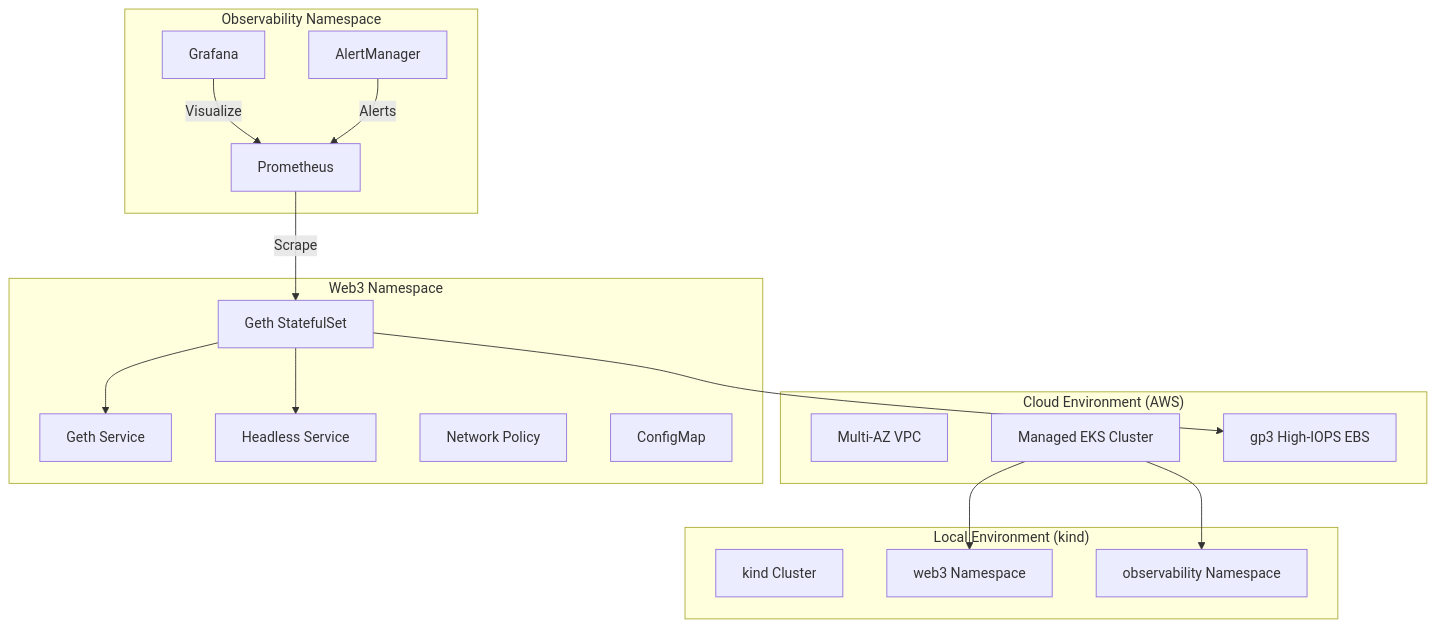
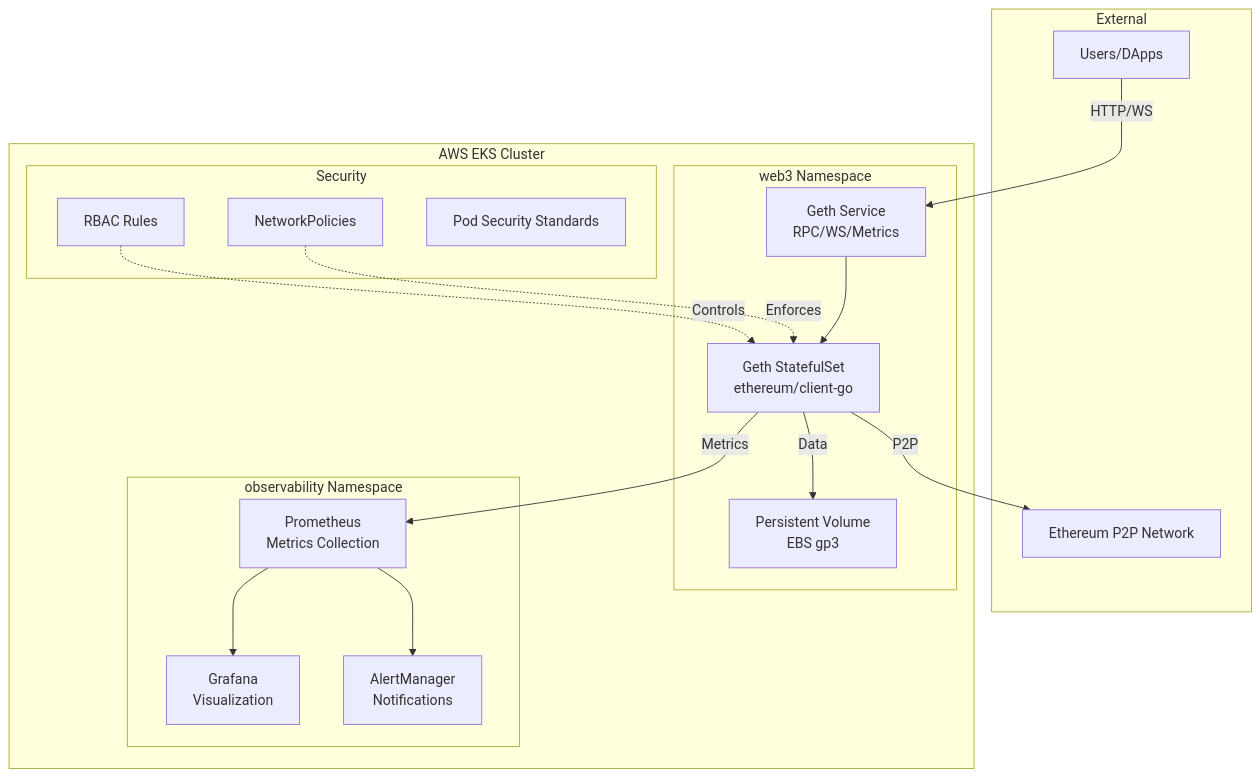
Before and after one commit to vlamay/web3-node-platform: the first of 4 diagrams in docs/architecture.md, drawn with Mermaid. The commit also changed other lines of this file and 6 other files, not shown here.

````diff
--- a/docs/architecture.md
+++ b/docs/architecture.md
@@ -9,37 +15,37 @@
 ```mermaid
-graph TD
-    subgraph "Local Environment (kind)"
-        K[kind Cluster]
-        KN[web3 Namespace]
-        OM[observability Namespace]
+graph TB
+    subgraph "External"
+        User[Users/DApps]
+        P2P[Ethereum P2P Network]
     end
-
-    subgraph "Cloud Environment (AWS)"
-        VPC[Multi-AZ VPC]
-        EKS[Managed EKS Cluster]
-        EBS[gp3 High-IOPS EBS]
+    
+    subgraph "AWS EKS Cluster"
+        subgraph "web3 Namespace"
+            Geth[Geth StatefulSet<br/>ethereum/client-go]
+            GethSvc[Geth Service<br/>RPC/WS/Metrics]
+            PVC[Persistent Volume<br/>EBS gp3]
+        end
+        
+        subgraph "observability Namespace"
+            Prom[Prometheus<br/>Metrics Collection]
+            Graf[Grafana<br/>Visualization]
+            Alert[AlertManager<br/>Notifications]
+        end
+        
+        subgraph "Security"
+            NP[NetworkPolicies]
+            RBAC[RBAC Rules]
+            PSS[Pod Security Standards]
+        end
     end
-
-    subgraph "Web3 Namespace"
-        SS[Geth StatefulSet]
-        SVC[Geth Service]
-        HS[Headless Service]
-        NP[Network Policy]
-        CM[ConfigMap]
-    end
-
-    subgraph "Observability Namespace"
-        PR[Prometheus]
-        GR[Grafana]
-        AM[AlertManager]
-    end
-
-    EKS --> KN
-    EKS --> OM
-    SS --> EBS
-    SS --> SVC
-    SS --> HS
-    PR -->|Scrape| SS
-    GR -->|Visualize| PR
-    AM -->|Alerts| PR
+    
+    User -->|HTTP/WS| GethSvc
+    GethSvc --> Geth
+    Geth -->|P2P| P2P
+    Geth -->|Data| PVC
+    Geth -->|Metrics| Prom
+    Prom --> Graf
+    Prom --> Alert
+    NP -.->|Enforces| Geth
+    RBAC -.->|Controls| Geth
 ```
````
